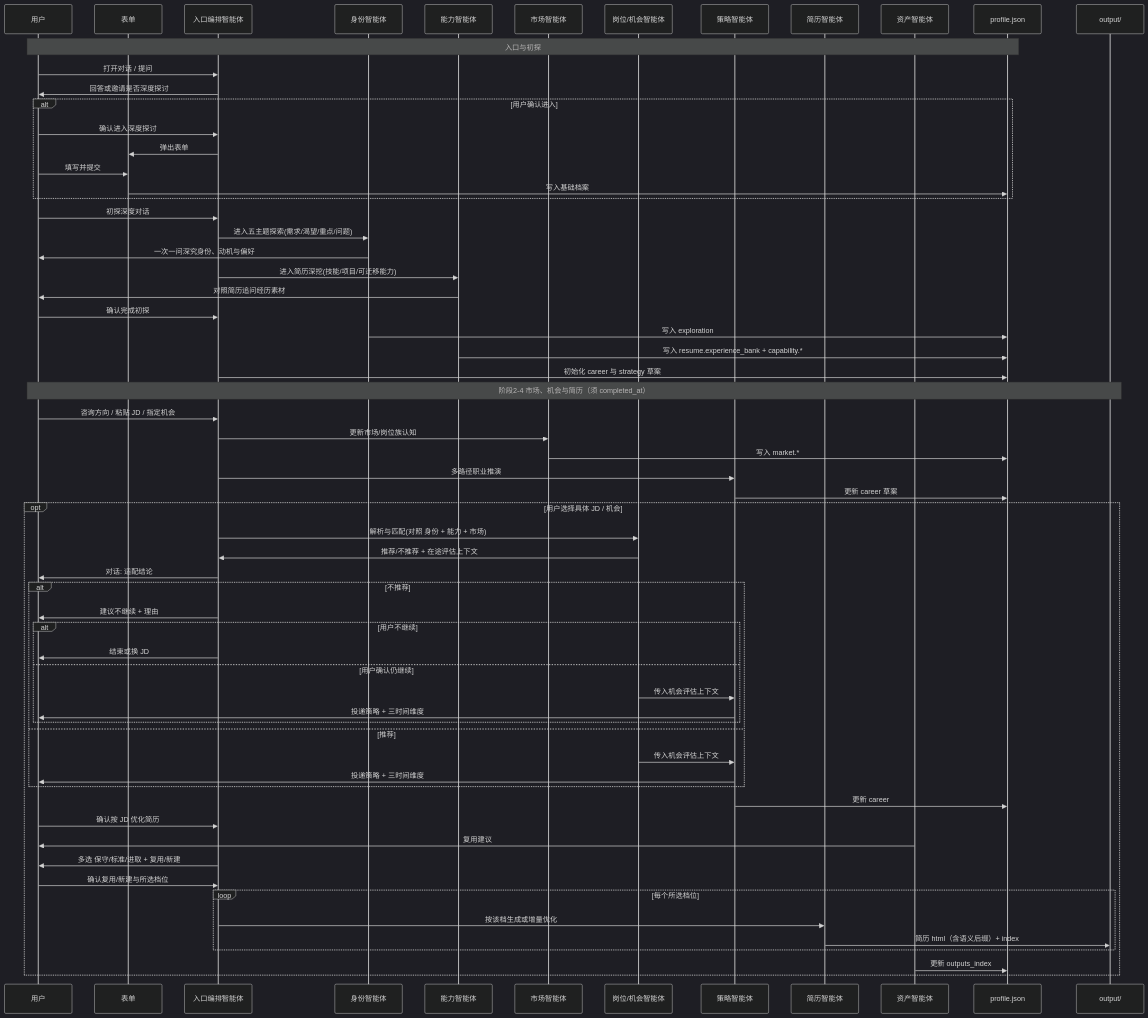
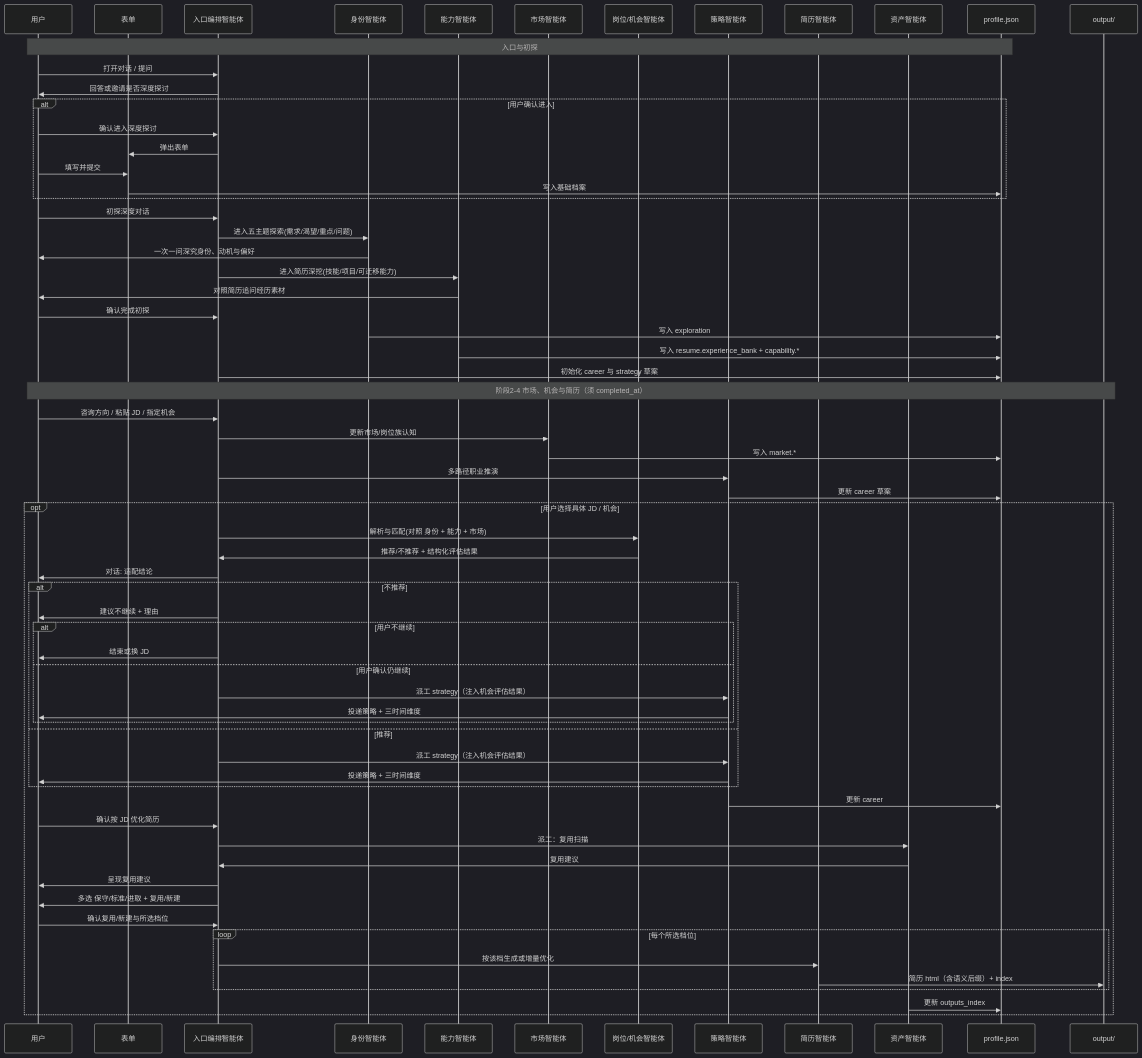
The third of 4 diagrams in docs/prd/00. 职业规划 Agent PRD.md (CatNum/AI-Optimized-Resume-V2), drawn with Mermaid (dark theme) before and after one commit. The commit also changed other lines of this file and 10 other files, not shown here.

First line of the commit message:
docs(architecture): 完善架构与 PRD 对齐协调者/Worker 分工

````diff
--- a/docs/prd/00. 职业规划 Agent PRD.md
+++ b/docs/prd/00. 职业规划 Agent PRD.md
@@ -376,68 +371,70 @@
 ```mermaid
 sequenceDiagram
   participant U as 用户
   participant F as 表单
   participant M as 入口编排智能体
   participant I as 身份智能体
   participant C as 能力智能体
   participant K as 市场智能体
   participant J as 岗位/机会智能体
   participant S as 策略智能体
   participant R as 简历智能体
   participant A as 资产智能体
   participant JSON as profile.json
   participant HTML as output/
 
   Note over U,JSON: 入口与初探
   U->>M: 打开对话 / 提问
   M->>U: 回答或邀请是否深度探讨
   alt 用户确认进入
     U->>M: 确认进入深度探讨
     M->>F: 弹出表单
     U->>F: 填写并提交
     F->>JSON: 写入基础档案
   end
   U->>M: 初探深度对话
   M->>I: 进入五主题探索(需求/渴望/重点/问题)
   I->>U: 一次一问深究身份、动机与偏好
   M->>C: 进入简历深挖(技能/项目/可迁移能力)
   C->>U: 对照简历追问经历素材
   U->>M: 确认完成初探
   I->>JSON: 写入 exploration
   C->>JSON: 写入 resume.experience_bank + capability.*
   M->>JSON: 初始化 career 与 strategy 草案
 
   Note over U,HTML: 阶段2-4 市场、机会与简历（须 completed_at）
   U->>M: 咨询方向 / 粘贴 JD / 指定机会
   M->>K: 更新市场/岗位族认知
   K->>JSON: 写入 market.*
   M->>S: 多路径职业推演
   S->>JSON: 更新 career 草案
   opt 用户选择具体 JD / 机会
   M->>J: 解析与匹配(对照 身份 + 能力 + 市场)
-  J->>M: 推荐/不推荐 + 在途评估上下文
+  J->>M: 推荐/不推荐 + 结构化评估结果
   M->>U: 对话: 适配结论
   alt 不推荐
     M->>U: 建议不继续 + 理由
     alt 用户不继续
       M->>U: 结束或换 JD
     else 用户确认仍继续
-      J->>S: 传入机会评估上下文
+      M->>S: 派工 strategy（注入机会评估结果）
       S->>U: 投递策略 + 三时间维度
     end
   else 推荐
-    J->>S: 传入机会评估上下文
+    M->>S: 派工 strategy（注入机会评估结果）
     S->>U: 投递策略 + 三时间维度
   end
   S->>JSON: 更新 career
   U->>M: 确认按 JD 优化简历
-  A->>U: 复用建议
+  M->>A: 派工：复用扫描
+  A->>M: 复用建议
+  M->>U: 呈现复用建议
   M->>U: 多选 保守/标准/进取 + 复用/新建
   U->>M: 确认复用/新建与所选档位
   loop 每个所选档位
     M->>R: 按该档生成或增量优化
     R->>HTML: 简历 html（含语义后缀）+ index
   end
   A->>JSON: 更新 outputs_index
   end
 ```
````
